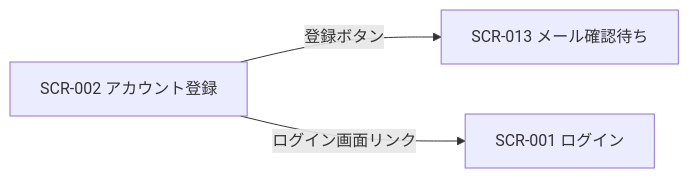
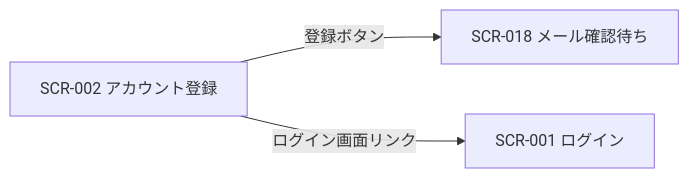
The diagram in 02_basic_design/01_screens/SCR-002.md (sikakou54/open-faq), drawn with Mermaid before and after one commit. The commit also changed other lines of this file and 617 other files, not shown here.

````diff
--- a/02_basic_design/01_screens/SCR-002.md
+++ b/02_basic_design/01_screens/SCR-002.md
@@ -35,8 +36,8 @@
 ```mermaid
 flowchart LR
   S2["SCR-002 アカウント登録"]
-  S13["SCR-013 メール確認待ち"]
+  S13["SCR-018 メール確認待ち"]
   S1["SCR-001 ログイン"]
   S2 -->|登録ボタン| S13
   S2 -->|ログイン画面リンク| S1
 ```
````
